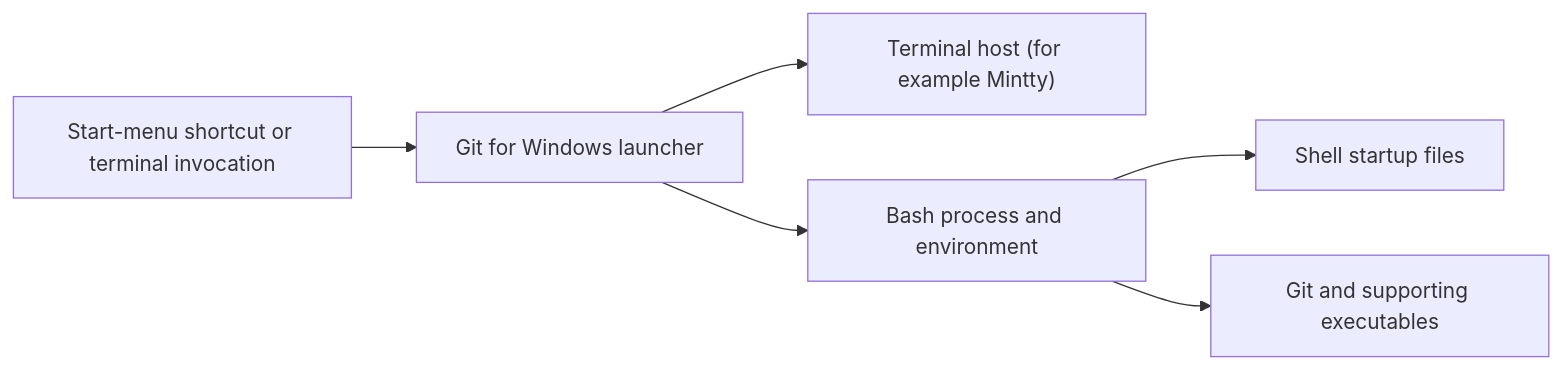
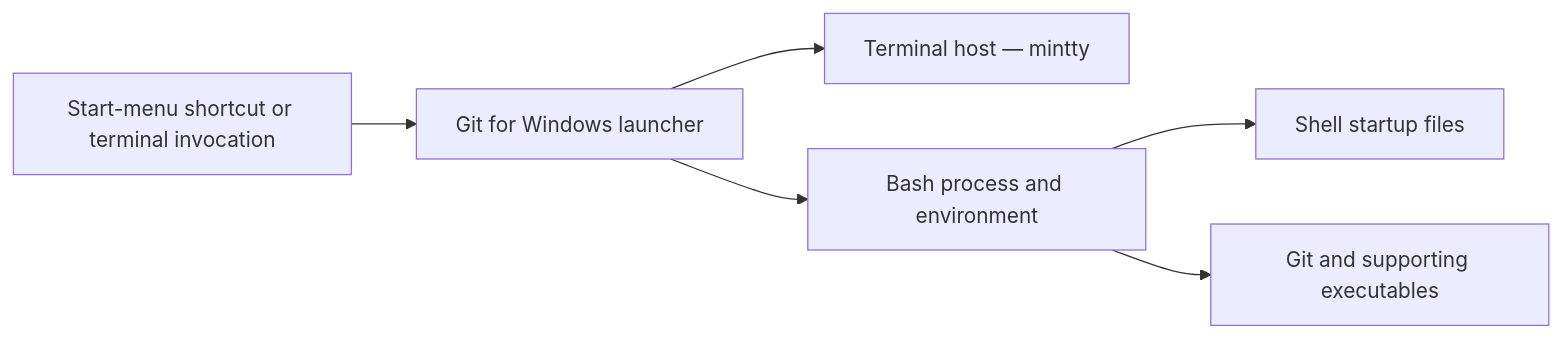
Before and after one commit to baileyrd/AKB: the first of 2 diagrams in docs/GIT-FOR-WINDOWS-LAUNCHER-STARTUP.md, drawn with Mermaid. The commit also changed other lines of this file and 361 other files, not shown here.

````diff
--- a/docs/GIT-FOR-WINDOWS-LAUNCHER-STARTUP.md
+++ b/docs/GIT-FOR-WINDOWS-LAUNCHER-STARTUP.md
@@ -15,8 +15,8 @@
 ```mermaid
 flowchart LR
     A["Start-menu shortcut or terminal invocation"] --> B["Git for Windows launcher"]
-    B --> C["Terminal host (for example Mintty)"]
+    B --> C["Terminal host — mintty"]
     B --> D["Bash process and environment"]
     D --> E["Shell startup files"]
     D --> F["Git and supporting executables"]
 ```
````
